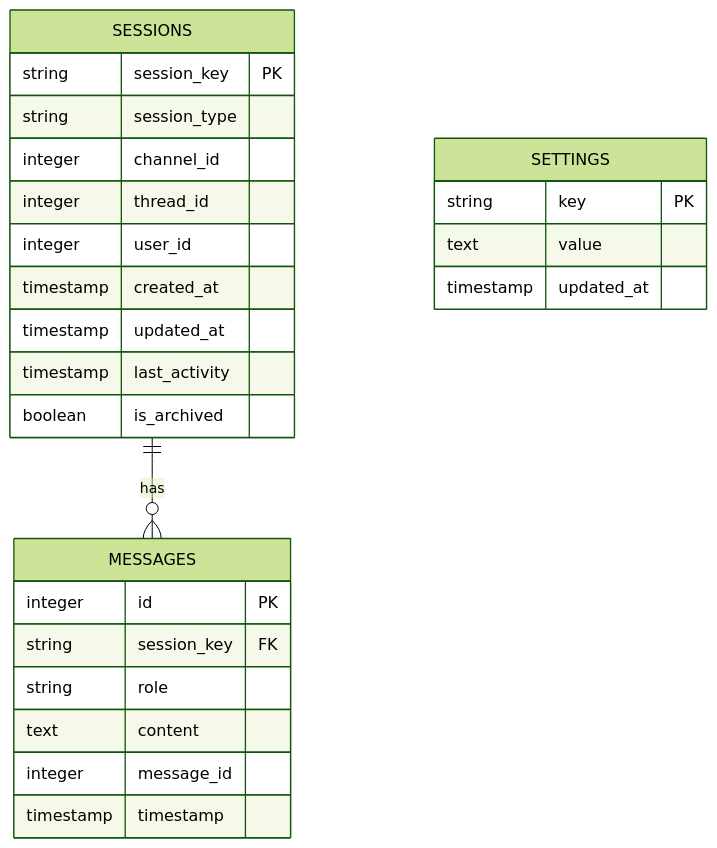
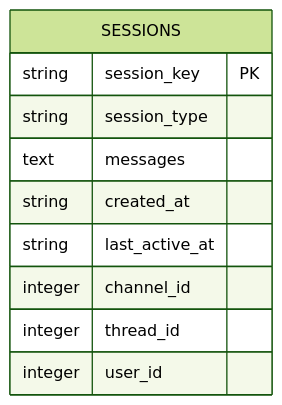
One commit to fluxrozin/kotonoha-bot changed the first of 3 diagrams in docs/architecture/database-design.md. Above: the diagram before and after it, drawn with Mermaid (forest theme). The commit also changed other lines of this file and 16 other files, not shown here.

````diff
--- a/docs/architecture/database-design.md
+++ b/docs/architecture/database-design.md
@@ -5,31 +5,13 @@
 ```mermaid
 erDiagram
-    SESSIONS ||--o{ MESSAGES : "has"
-
     SESSIONS {
         string session_key PK
         string session_type
+        text messages
+        string created_at
+        string last_active_at
         integer channel_id
         integer thread_id
         integer user_id
-        timestamp created_at
-        timestamp updated_at
-        timestamp last_activity
-        boolean is_archived
-    }
-
-    MESSAGES {
-        integer id PK
-        string session_key FK
-        string role
-        text content
-        integer message_id
-        timestamp timestamp
-    }
-
-    SETTINGS {
-        string key PK
-        text value
-        timestamp updated_at
     }
 ```
````
